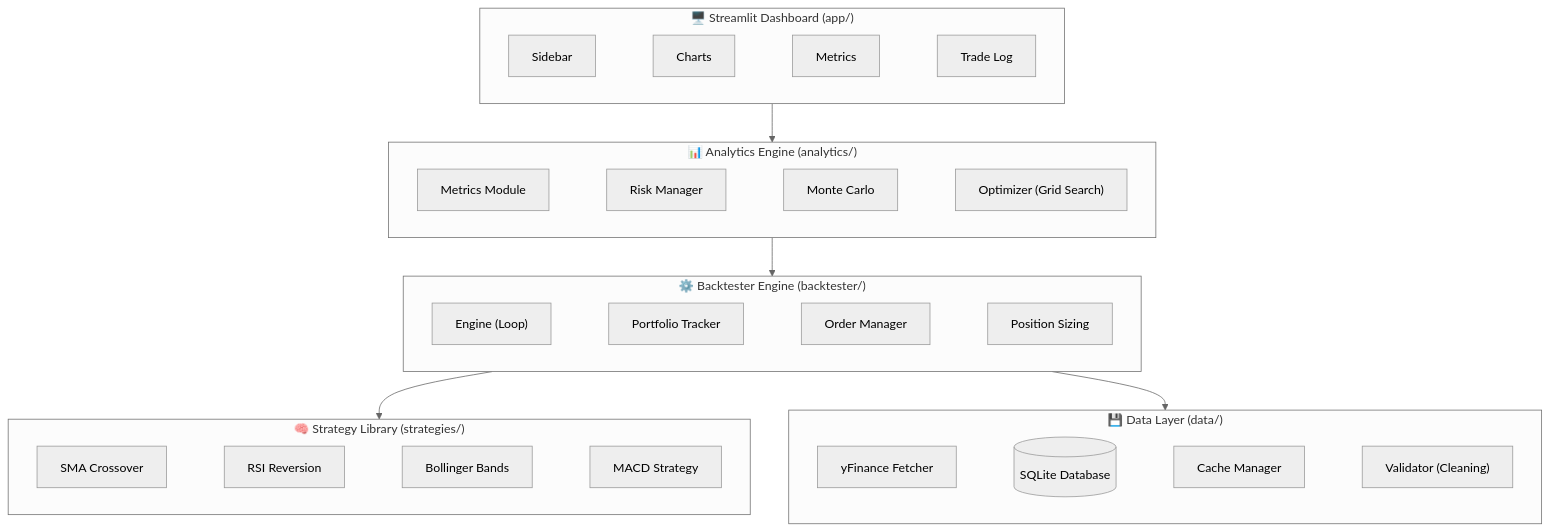
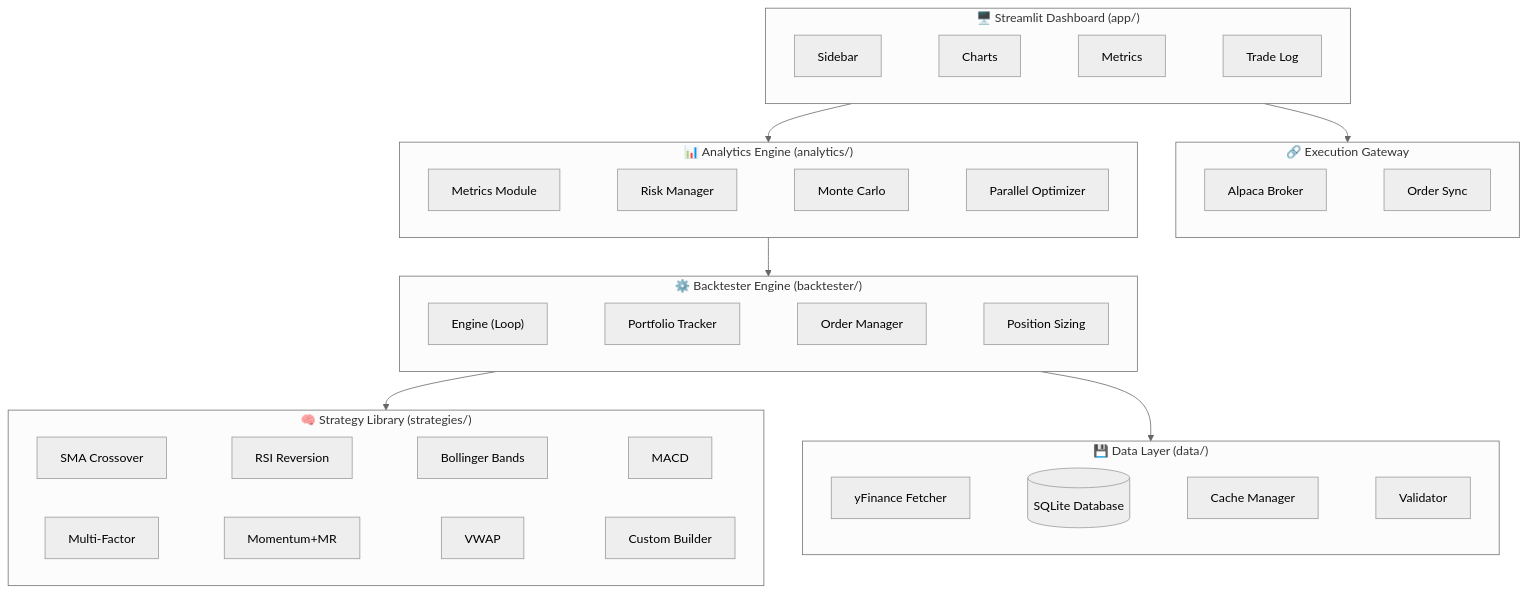
The diagram in README.md (RintuRifle/alpha-engine), drawn with Mermaid (neutral theme) before and after one commit. The commit also changed other lines of this file and 7 other files, not shown here.

Commit message:
feat: add Streamlit UI, Alpaca execution gateway, parallel optimization, VWAP strategy, and PDF reporting capabilities.

````diff
--- a/README.md
+++ b/README.md
@@ -42,32 +46,39 @@
 ```mermaid
 flowchart TD
     subgraph App ["🖥️ Streamlit Dashboard (app/)"]
         direction LR
         Sidebar ~~~ Charts ~~~ UI_Metrics["Metrics"] ~~~ TradeLog["Trade Log"]
     end
 
+    subgraph Execution ["🔗 Execution Gateway"]
+        direction LR
+        Alpaca["Alpaca Broker"] ~~~ Gateway["Order Sync"]
+    end
+
     subgraph Analytics ["📊 Analytics Engine (analytics/)"]
         direction LR
-        MetricsMod["Metrics Module"] ~~~ RiskMgr["Risk Manager"] ~~~ MonteCarlo["Monte Carlo"] ~~~ Optimizer["Optimizer (Grid Search)"]
+        MetricsMod["Metrics Module"] ~~~ RiskMgr["Risk Manager"] ~~~ MonteCarlo["Monte Carlo"] ~~~ Optimizer["Parallel Optimizer"]
     end
 
     subgraph Backtest ["⚙️ Backtester Engine (backtester/)"]
         direction LR
         Engine["Engine (Loop)"] ~~~ Portfolio["Portfolio Tracker"] ~~~ Orders["Order Manager"] ~~~ Sizing["Position Sizing"]
     end
 
     subgraph Strategies ["🧠 Strategy Library (strategies/)"]
         direction LR
-        SMA["SMA Crossover"] ~~~ RSI["RSI Reversion"] ~~~ BB["Bollinger Bands"] ~~~ MACD["MACD Strategy"]
+        SMA["SMA Crossover"] ~~~ RSI["RSI Reversion"] ~~~ BB["Bollinger Bands"] ~~~ MACD["MACD"]
+        MF["Multi-Factor"] ~~~ MoMR["Momentum+MR"] ~~~ VWAP["VWAP"] ~~~ Custom["Custom Builder"]
     end
 
     subgraph Data ["💾 Data Layer (data/)"]
         direction LR
-        YF["yFinance Fetcher"] ~~~ DB[("SQLite Database")] ~~~ Cache["Cache Manager"] ~~~ Validator["Validator (Cleaning)"]
+        YF["yFinance Fetcher"] ~~~ DB[("SQLite Database")] ~~~ Cache["Cache Manager"] ~~~ Validator["Validator"]
     end
 
+    App --> Execution
     App --> Analytics
     Analytics --> Backtest
     Backtest --> Strategies
     Backtest --> Data
 ```
````
